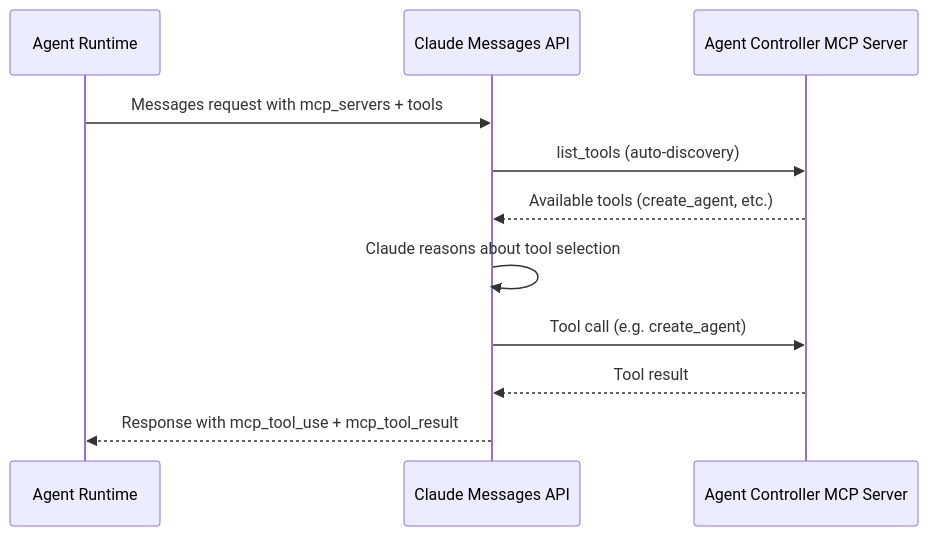
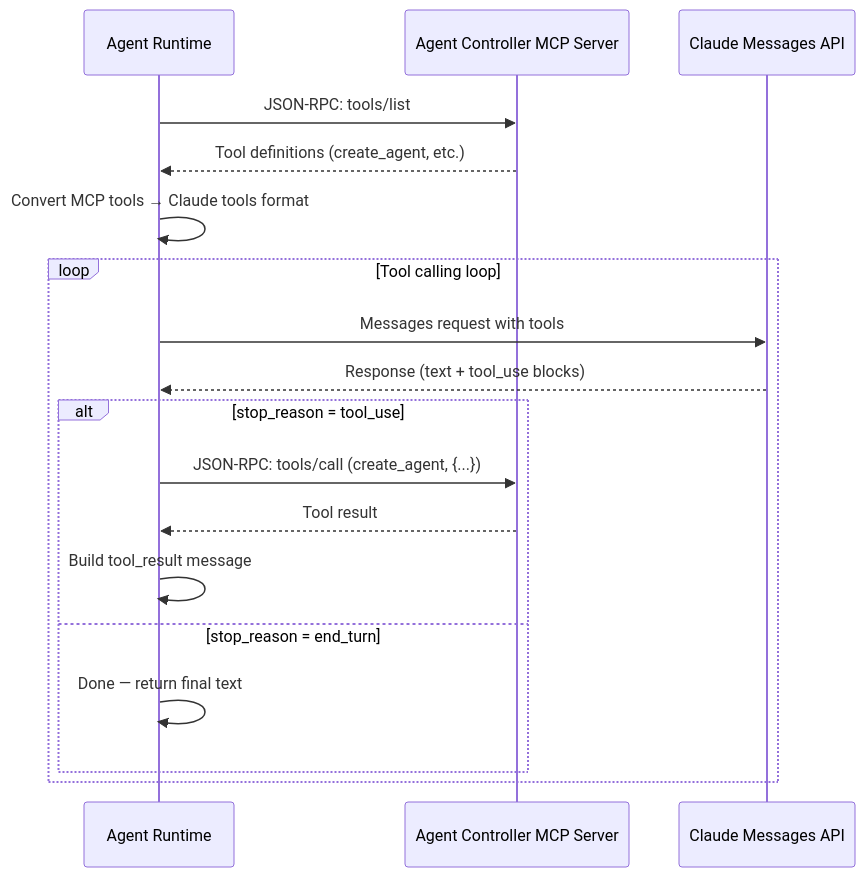
Before and after one commit to dshcherbatiuk/forgemaster: the diagram in docs/arch/08-mcp-integration.md, drawn with Mermaid. The commit also changed other lines of this file and 39 other files, not shown here.

First line of the commit message:
feat: Add MCP client with rmcp SDK, tool calling loop, and multi-server support

````diff
--- a/docs/arch/08-mcp-integration.md
+++ b/docs/arch/08-mcp-integration.md
@@ -9,14 +11,23 @@
 ```mermaid
 sequenceDiagram
     participant Runtime as Agent Runtime
+    participant MCP as Agent Controller MCP Server
     participant API as Claude Messages API
-    participant MCP as Agent Controller MCP Server
 
-    Runtime->>API: Messages request with mcp_servers + tools
-    API->>MCP: list_tools (auto-discovery)
-    MCP-->>API: Available tools (create_agent, etc.)
-    API->>API: Claude reasons about tool selection
-    API->>MCP: Tool call (e.g. create_agent)
-    MCP-->>API: Tool result
-    API-->>Runtime: Response with mcp_tool_use + mcp_tool_result
+    Runtime->>MCP: JSON-RPC: tools/list
+    MCP-->>Runtime: Tool definitions (create_agent, etc.)
+    Runtime->>Runtime: Convert MCP tools → Claude tools format
+
+    loop Tool calling loop
+        Runtime->>API: Messages request with tools
+        API-->>Runtime: Response (text + tool_use blocks)
+
+        alt stop_reason = tool_use
+            Runtime->>MCP: JSON-RPC: tools/call (create_agent, {...})
+            MCP-->>Runtime: Tool result
+            Runtime->>Runtime: Build tool_result message
+        else stop_reason = end_turn
+            Runtime->>Runtime: Done — return final text
+        end
+    end
 ```
````
